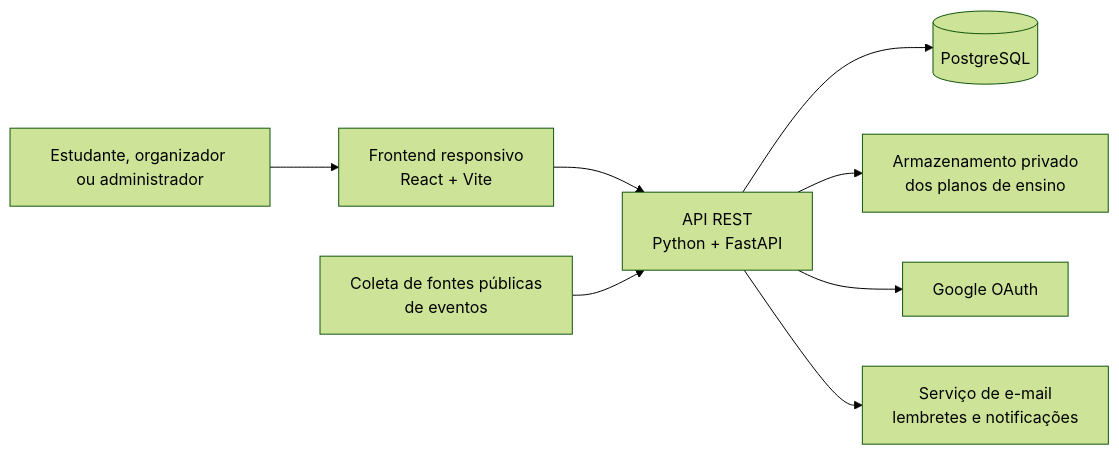
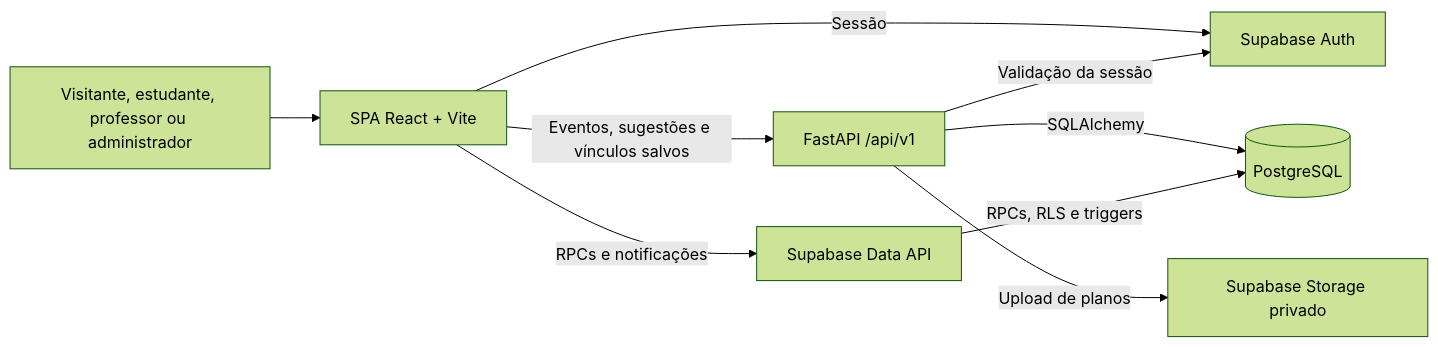
One commit to unb-mds/2026-2-AgendaUnB changed the first of 2 diagrams in docs/arquitetura/visao-geral.md. Above: the diagram before and after it, drawn with Mermaid (forest theme). The commit also changed other lines of this file and 61 other files, not shown here.

````diff
--- a/docs/arquitetura/visao-geral.md
+++ b/docs/arquitetura/visao-geral.md
@@ -16,10 +14,11 @@
 ```mermaid
 flowchart LR
-    U[Estudante, organizador ou administrador] --> WEB[Frontend responsivo<br/>React + Vite]
-    WEB --> API[API REST<br/>Python + FastAPI]
-    API --> DB[(PostgreSQL)]
-    API --> FILES[Armazenamento privado<br/>dos planos de ensino]
-    API --> GOOGLE[Google OAuth]
-    API --> EMAIL[Serviço de e-mail<br/>lembretes e notificações]
-    COLLECTOR[Coleta de fontes públicas<br/>de eventos] --> API
+    U[Visitante, estudante, professor ou administrador] --> WEB[SPA React + Vite]
+    WEB -->|Eventos, sugestões e vínculos salvos| API[FastAPI /api/v1]
+    WEB -->|Sessão| AUTH[Supabase Auth]
+    WEB -->|RPCs e notificações| DATA[Supabase Data API]
+    API -->|Validação da sessão| AUTH
+    API -->|SQLAlchemy| DB[(PostgreSQL)]
+    DATA -->|RPCs, RLS e triggers| DB
+    API -->|Upload de planos| STORAGE[Supabase Storage privado]
 ```
````
